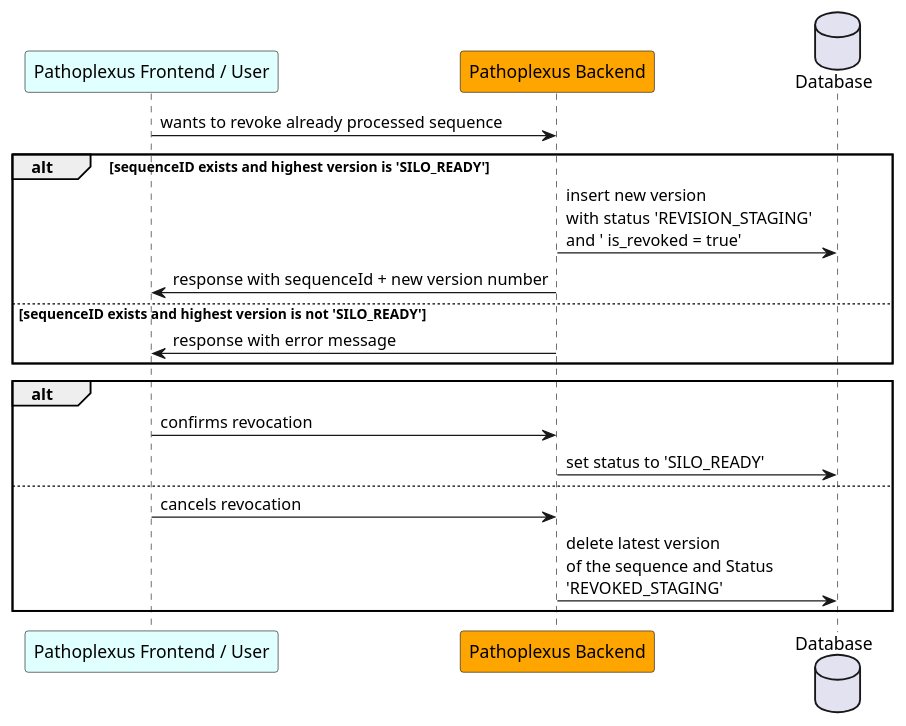
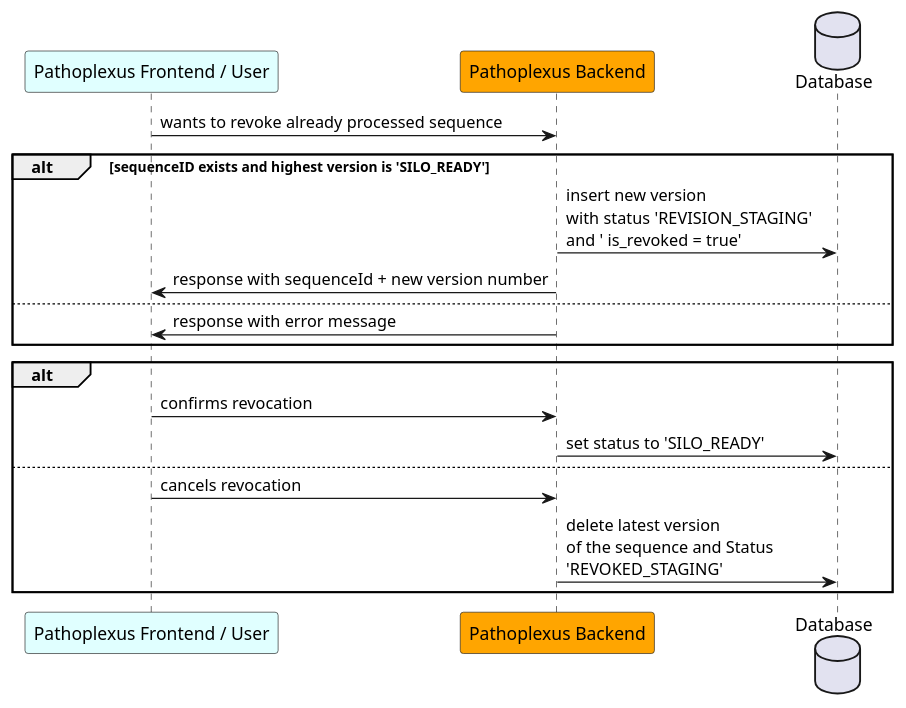
One commit to loculus-project/loculus changed the diagram in backend/docs/plantuml/sequenceRevocation.puml. Above: the diagram before and after it, drawn with PlantUML. The commit also changed 4 other files, not shown here.

```diff
--- a/backend/docs/plantuml/sequenceRevocation.puml
+++ b/backend/docs/plantuml/sequenceRevocation.puml
@@ -1,22 +1,22 @@
 @startuml
     participant "Pathoplexus Frontend / User" as frontend #LightCyan
     participant "Pathoplexus Backend" as backend #Orange
     database "Database" as DB
 
     frontend -> backend: wants to revoke already processed sequence
 
      alt sequenceID exists and highest version is 'SILO_READY'
         backend -> DB: insert new version\nwith status 'REVISION_STAGING' \nand ' is_revoked = true'
     backend -> frontend: response with sequenceId + new version number
-    else sequenceID exists and highest version is not 'SILO_READY'
+    else
         backend -> frontend: response with error message
     end
 
     alt
         frontend -> backend: confirms revocation
         backend -> DB: set status to 'SILO_READY'
     else
         frontend -> backend: cancels revocation
         backend -> DB: delete latest version \nof the sequence and Status \n'REVOKED_STAGING'
     end
 @enduml
```
